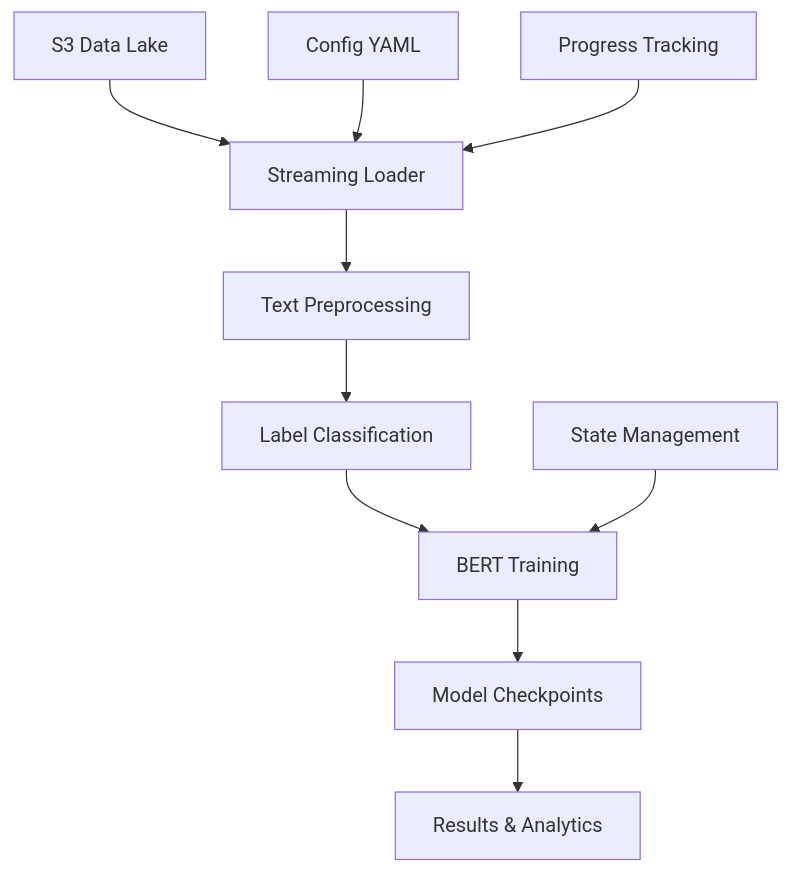
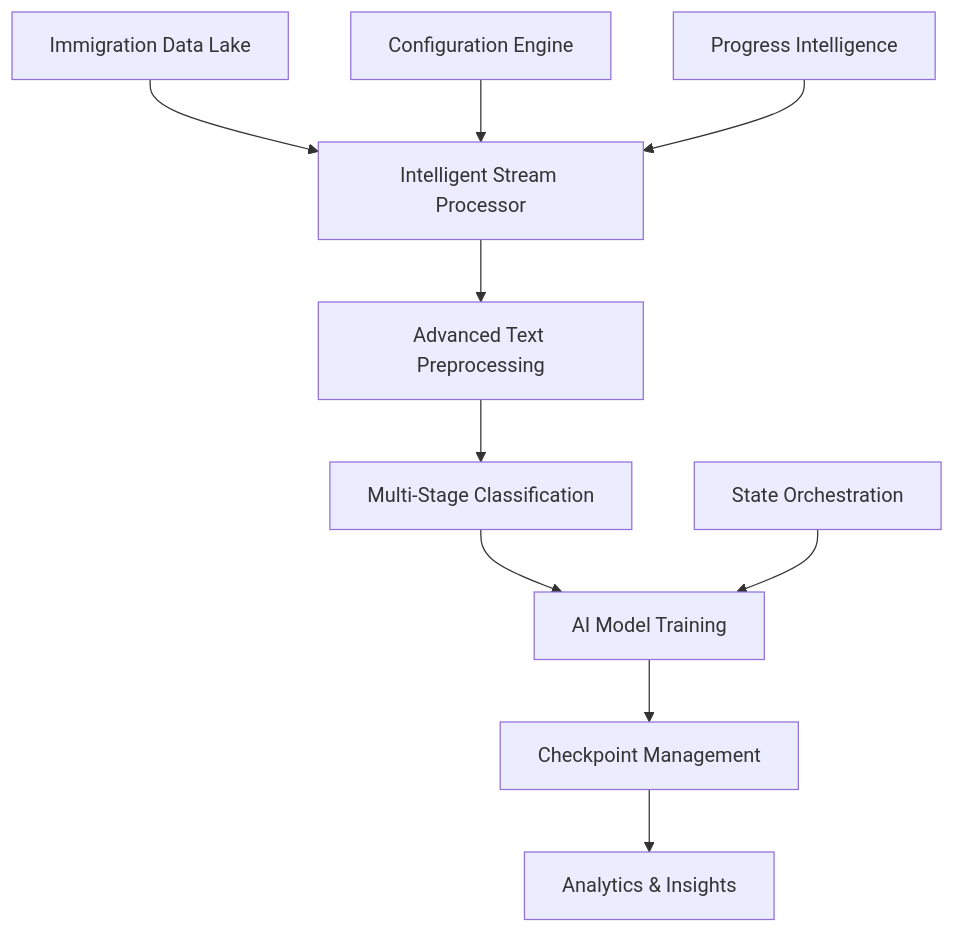
The diagram in README.md (sivanaraharisetty/f1-citizenship), drawn with Mermaid before and after one commit. The commit also changed other lines of this file, not shown here.

Commit message:
docs: rebrand to Immigration Journey Analyzer with professional terminology

````diff
--- a/README.md
+++ b/README.md
@@ -30,13 +30,13 @@
 ```mermaid
 graph TB
-    A[S3 Data Lake] --> B[Streaming Loader]
-    B --> C[Text Preprocessing]
-    C --> D[Label Classification]
-    D --> E[BERT Training]
-    E --> F[Model Checkpoints]
-    F --> G[Results & Analytics]
+    A[Immigration Data Lake] --> B[Intelligent Stream Processor]
+    B --> C[Advanced Text Preprocessing]
+    C --> D[Multi-Stage Classification]
+    D --> E[AI Model Training]
+    E --> F[Checkpoint Management]
+    F --> G[Analytics & Insights]
     
-    H[Config YAML] --> B
-    I[State Management] --> E
-    J[Progress Tracking] --> B
+    H[Configuration Engine] --> B
+    I[State Orchestration] --> E
+    J[Progress Intelligence] --> B
 ```
````
